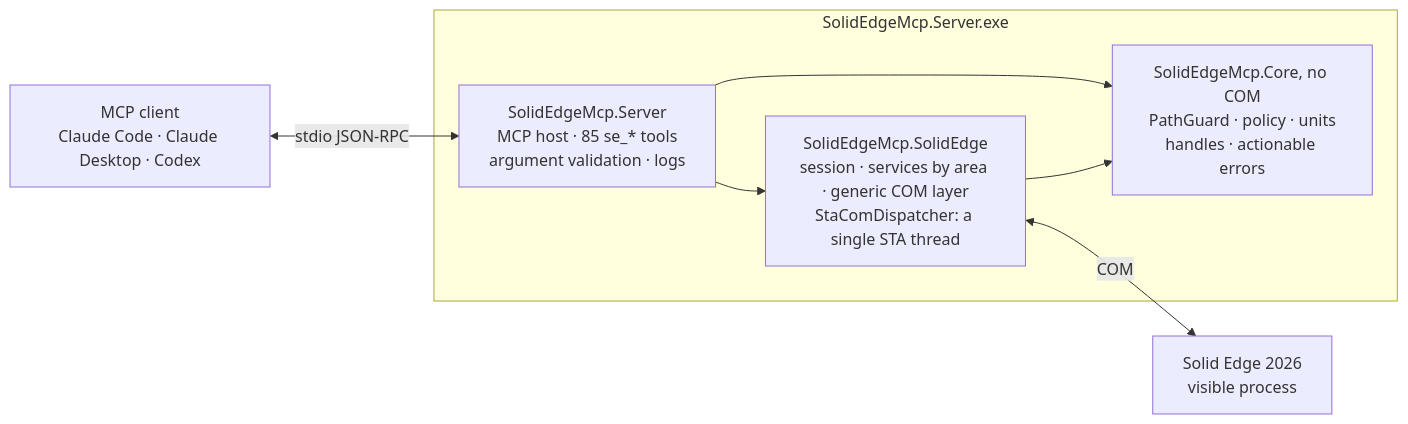
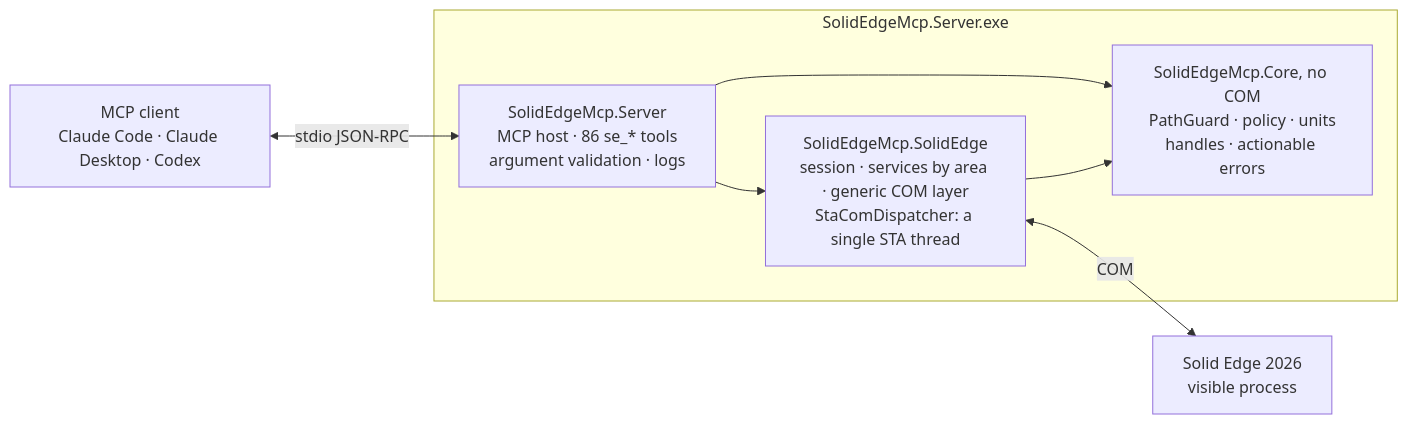
Before and after one commit to gabichuuuuu/solid-edge-mcp: the diagram in README.md, drawn with Mermaid. The commit also changed other lines of this file and 35 other files, not shown here.

First line of the commit message:
feat: Design Manager and the programs installed with Solid Edge for 0.9.0

````diff
--- a/README.md
+++ b/README.md
@@ -331,18 +334,18 @@
 ```mermaid
 flowchart LR
     client["MCP client<br/>Claude Code · Claude Desktop · Codex"]
 
     subgraph exe ["SolidEdgeMcp.Server.exe"]
-        server["SolidEdgeMcp.Server<br/>MCP host · 85 se_* tools<br/>argument validation · logs"]
+        server["SolidEdgeMcp.Server<br/>MCP host · 86 se_* tools<br/>argument validation · logs"]
         se["SolidEdgeMcp.SolidEdge<br/>session · services by area · generic COM layer<br/>StaComDispatcher: a single STA thread"]
         core["SolidEdgeMcp.Core, no COM<br/>PathGuard · policy · units<br/>handles · actionable errors"]
         server --> se
         server --> core
         se --> core
     end
 
     app["Solid Edge 2026<br/>visible process"]
 
     client <-->|stdio JSON-RPC| server
     se <-->|COM| app
 ```
````
